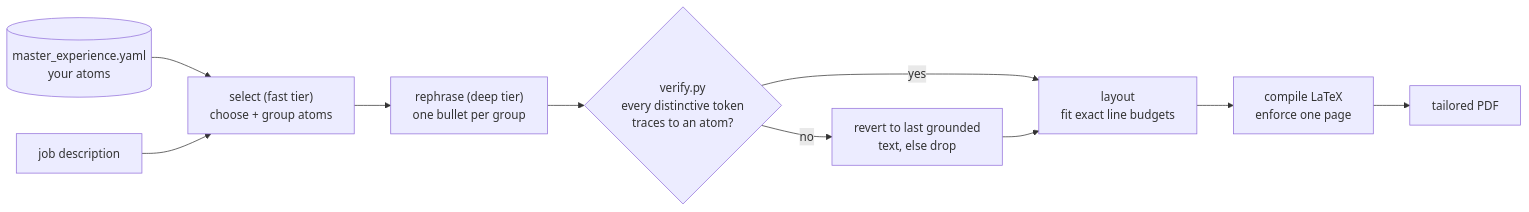
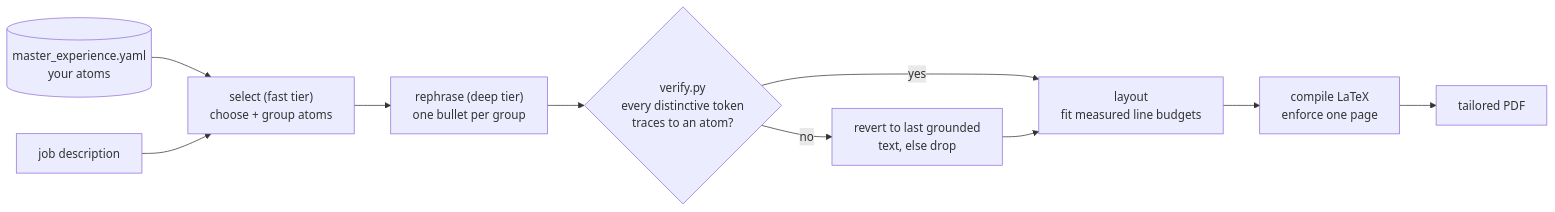
The second of 2 diagrams in README.md (yib7/INployed), drawn with Mermaid before and after one commit. The commit also changed other lines of this file and 1 other file, not shown here.

First line of the commit message:
docs: align the engine diagram with its caption and quote numpy's full licence expression

````diff
--- a/README.md
+++ b/README.md
@@ -283,12 +283,12 @@
 ```mermaid
 flowchart LR
     Y[("master_experience.yaml<br/>your atoms")] --> S["select (fast tier)<br/>choose + group atoms"]
     JD["job description"] --> S
     S --> R["rephrase (deep tier)<br/>one bullet per group"]
     R --> V{"verify.py<br/>every distinctive token<br/>traces to an atom?"}
-    V -->|yes| LO["layout<br/>fit exact line budgets"]
+    V -->|yes| LO["layout<br/>fit measured line budgets"]
     V -->|no| RV["revert to last grounded<br/>text, else drop"]
     RV --> LO
     LO --> C["compile LaTeX<br/>enforce one page"]
     C --> P["tailored PDF"]
 ```
````
